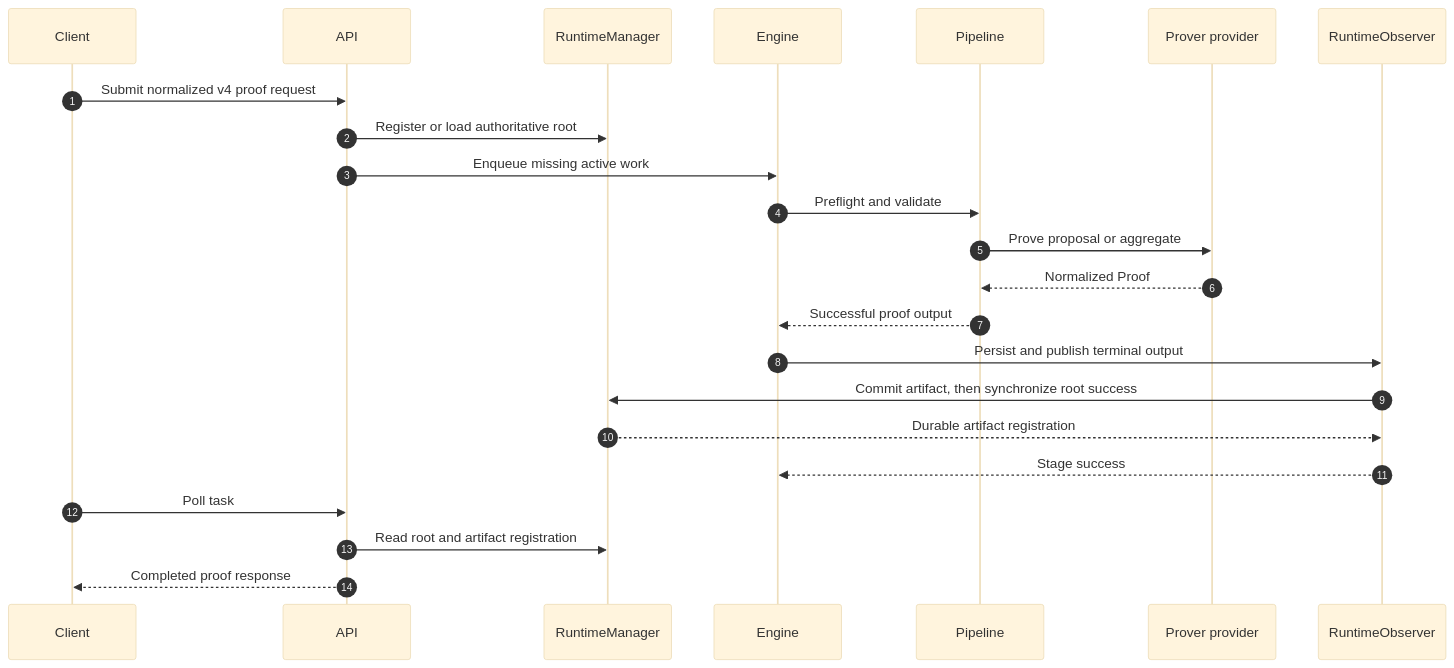
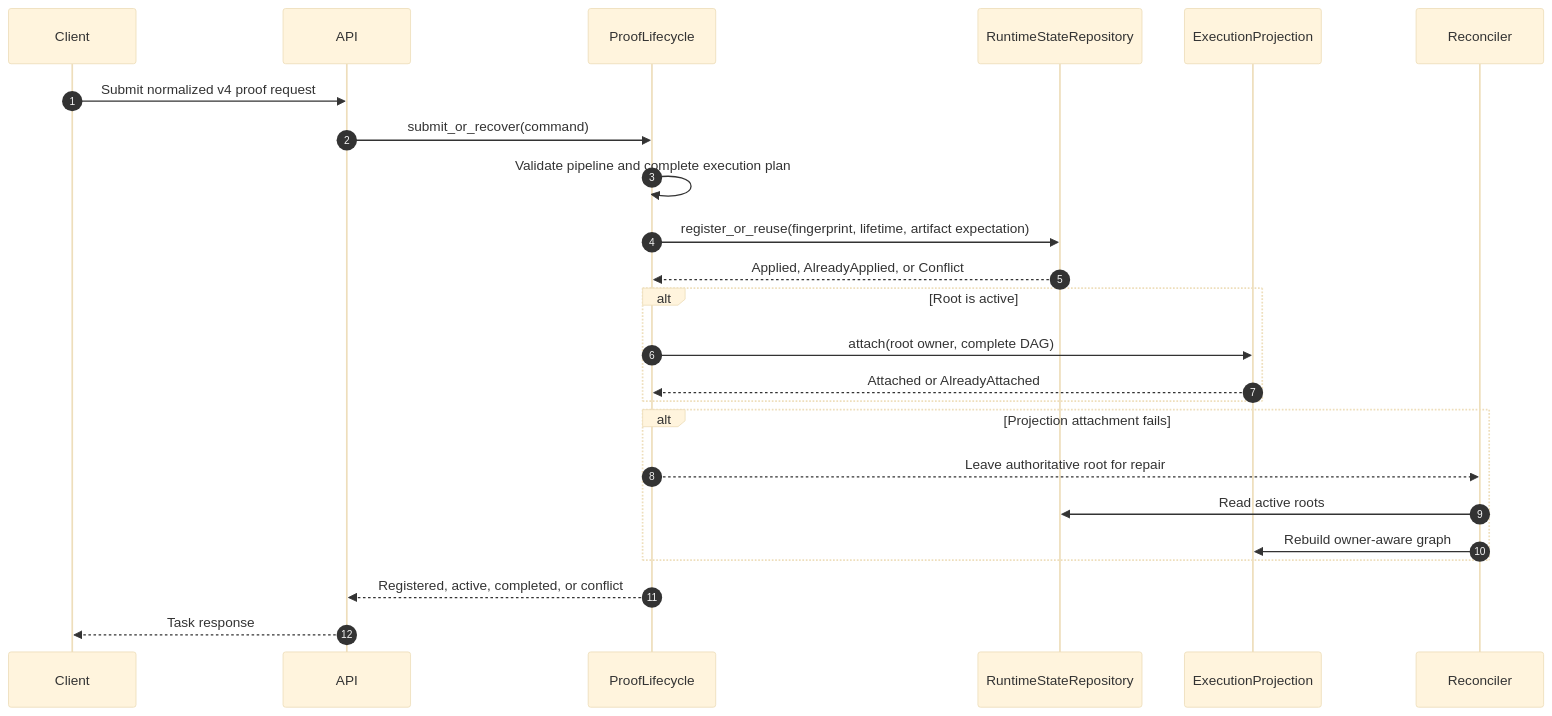
Before and after one commit to taikoxyz/raiko2: the second of 13 diagrams in docs/architecture.md, drawn with Mermaid (base theme). The commit also changed other lines of this file and 37 other files, not shown here.

Commit message:
fix(runtime): unify proof lifecycle ownership

````diff
--- a/docs/architecture.md
+++ b/docs/architecture.md
@@ -108,26 +120,27 @@
 ```mermaid
 sequenceDiagram
   autonumber
   participant Client
   participant API
-  participant Runtime as RuntimeManager
-  participant Engine
-  participant Pipeline
-  participant Provider as Prover provider
-  participant Observer as RuntimeObserver
+  participant Lifecycle as ProofLifecycle
+  participant State as RuntimeStateRepository
+  participant Queue as ExecutionProjection
+  participant Reconcile as Reconciler
 
   Client->>API: Submit normalized v4 proof request
-  API->>Runtime: Register or load authoritative root
-  API->>Engine: Enqueue missing active work
-  Engine->>Pipeline: Preflight and validate
-  Pipeline->>Provider: Prove proposal or aggregate
-  Provider-->>Pipeline: Normalized Proof
-  Pipeline-->>Engine: Successful proof output
-  Engine->>Observer: Persist and publish terminal output
-  Observer->>Runtime: Commit artifact, then synchronize root success
-  Runtime-->>Observer: Durable artifact registration
-  Observer-->>Engine: Stage success
-  Client->>API: Poll task
-  API->>Runtime: Read root and artifact registration
-  API-->>Client: Completed proof response
+  API->>Lifecycle: submit_or_recover(command)
+  Lifecycle->>Lifecycle: Validate pipeline and complete execution plan
+  Lifecycle->>State: register_or_reuse(fingerprint, lifetime, artifact expectation)
+  State-->>Lifecycle: Applied, AlreadyApplied, or Conflict
+  alt Root is active
+    Lifecycle->>Queue: attach(root owner, complete DAG)
+    Queue-->>Lifecycle: Attached or AlreadyAttached
+  end
+  alt Projection attachment fails
+    Lifecycle-->>Reconcile: Leave authoritative root for repair
+    Reconcile->>State: Read active roots
+    Reconcile->>Queue: Rebuild owner-aware graph
+  end
+  Lifecycle-->>API: Registered, active, completed, or conflict
+  API-->>Client: Task response
 ```
````
